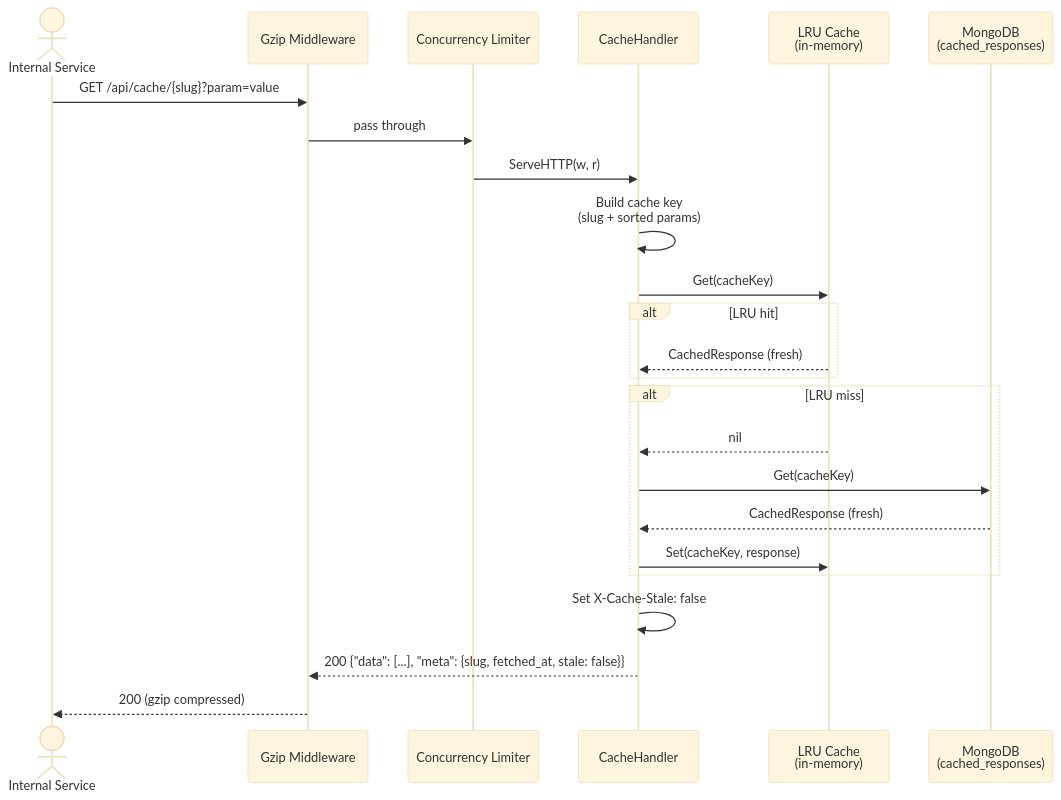
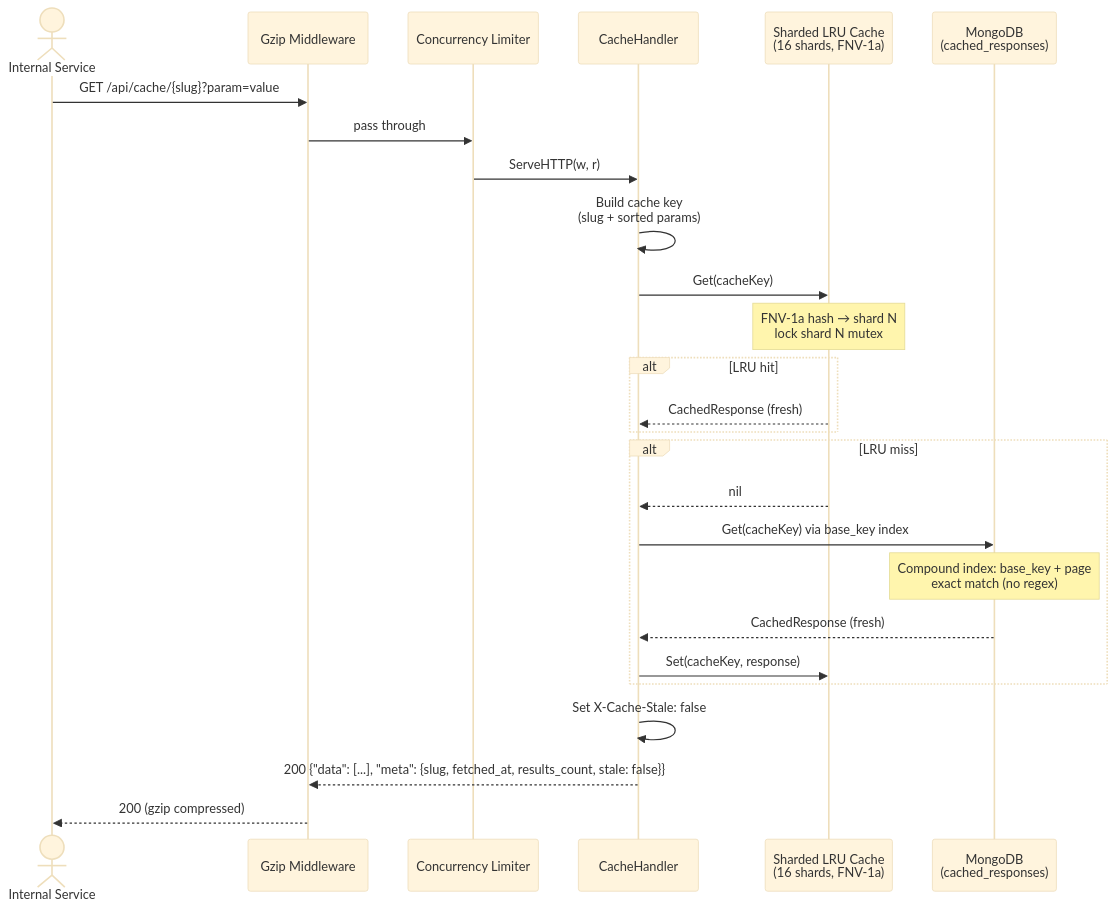
Before and after one commit to finish06/cash-drugs: the first of 15 diagrams in docs/sequence-diagram.md, drawn with Mermaid (base theme). The commit also changed other lines of this file and 6 other files, not shown here.

First line of the commit message:
docs: update all docs for M10 — diagrams, swagger, changelog, PRD

````diff
--- a/docs/sequence-diagram.md
+++ b/docs/sequence-diagram.md
@@ -5,27 +5,29 @@
 ```mermaid
 sequenceDiagram
     actor Client as Internal Service
     participant GZ as Gzip Middleware
     participant LIM as Concurrency Limiter
     participant CH as CacheHandler
-    participant LRU as LRU Cache<br/>(in-memory)
+    participant LRU as Sharded LRU Cache<br/>(16 shards, FNV-1a)
     participant DB as MongoDB<br/>(cached_responses)
 
     Client->>GZ: GET /api/cache/{slug}?param=value
     GZ->>LIM: pass through
     LIM->>CH: ServeHTTP(w, r)
     CH->>CH: Build cache key<br/>(slug + sorted params)
     CH->>LRU: Get(cacheKey)
+    Note over LRU: FNV-1a hash → shard N<br/>lock shard N mutex
     alt LRU hit
         LRU-->>CH: CachedResponse (fresh)
     end
     alt LRU miss
         LRU-->>CH: nil
-        CH->>DB: Get(cacheKey)
+        CH->>DB: Get(cacheKey) via base_key index
+        Note over DB: Compound index: base_key + page<br/>exact match (no regex)
         DB-->>CH: CachedResponse (fresh)
         CH->>LRU: Set(cacheKey, response)
     end
     CH->>CH: Set X-Cache-Stale: false
-    CH-->>GZ: 200 {"data": [...], "meta": {slug, fetched_at, stale: false}}
+    CH-->>GZ: 200 {"data": [...], "meta": {slug, fetched_at, results_count, stale: false}}
     GZ-->>Client: 200 (gzip compressed)
 ```
````
